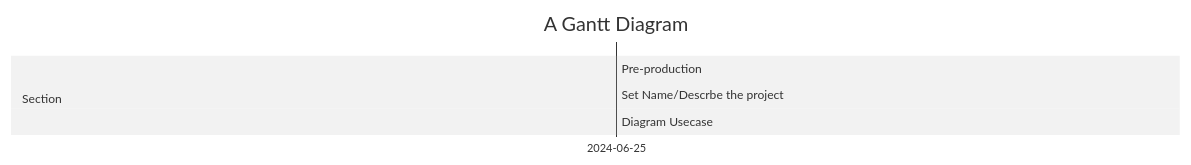
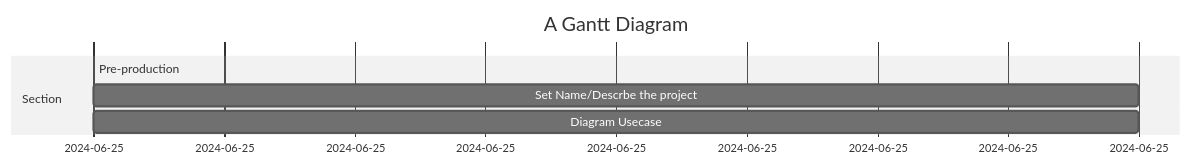
Before and after one commit to JameS-Gmz/api-Rest: the first of 3 diagrams in README.md, drawn with Mermaid (neutral theme).

````diff
--- a/README.md
+++ b/README.md
@@ -48,11 +48,11 @@
 ```mermaid
 gantt
     title A Gantt Diagram
     dateFormat  YYYY-MM-DD
 
     section Section
     Pre-production   :a1, 2024-06-25, 8hh
-    Set Name/Descrbe the project     :a2, 2024-06-25, 1h30m
-    Diagram Usecase      :a3, 2024-06-25, 1h30m
+    Set Name/Descrbe the project     :a2, 2024-06-25, 2h
+    Diagram Usecase      :a3, 2024-06-25, 2h
 
 ```
````
